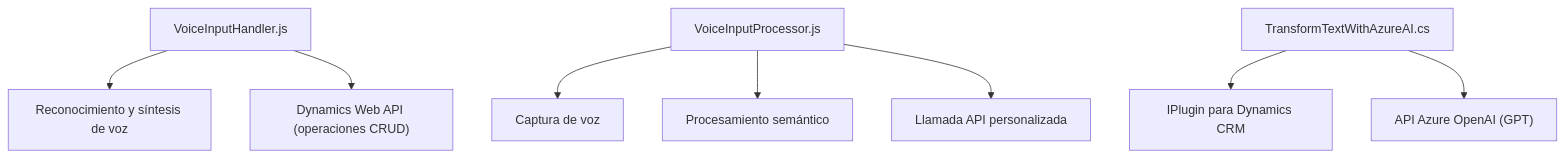
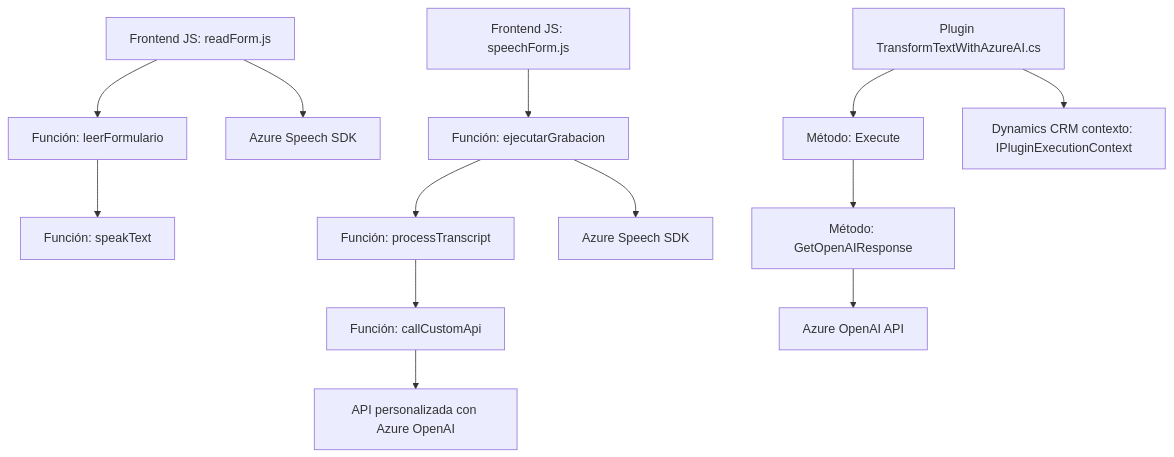
The diagram in README.md (blopezdm/NETCORE_BILBAO2025), drawn with Mermaid before and after one commit. The commit also changed other lines of this file, not shown here.

Commit message:
Actualizar análisis global de la solución con IA

````diff
--- a/README.md
+++ b/README.md
@@ -45,22 +33,18 @@
 ```mermaid
 graph TD
-A["VoiceInputHandler.js"]
-A1["Reconocimiento y síntesis de voz"]
-A2["Dynamics Web API (operaciones CRUD)"]
-A --> A1
-A --> A2
+    A["Frontend JS: readForm.js"] --> B["Función: leerFormulario"]
+    B --> C["Función: speakText"]
+    A --> D["Azure Speech SDK"]
 
-B["VoiceInputProcessor.js"]
-B1["Captura de voz"]
-B2["Procesamiento semántico"]
-B3["Llamada API personalizada"]
-B --> B1
-B --> B2
-B --> B3
+    E["Frontend JS: speechForm.js"] --> F["Función: ejecutarGrabacion"]
+    F --> G["Función: processTranscript"]
+    G --> H["Función: callCustomApi"]
 
-C["TransformTextWithAzureAI.cs"]
-C1["IPlugin para Dynamics CRM"]
-C2["API Azure OpenAI (GPT)"]
-C --> C1
-C --> C2
+    H --> I["API personalizada con Azure OpenAI"]
+    F --> J["Azure Speech SDK"]
+
+    K["Plugin TransformTextWithAzureAI.cs"] --> L["Método: Execute"]
+    L --> M["Método: GetOpenAIResponse"]
+    M --> N["Azure OpenAI API"]
+    K --> O["Dynamics CRM contexto: IPluginExecutionContext"]
 ```
````
